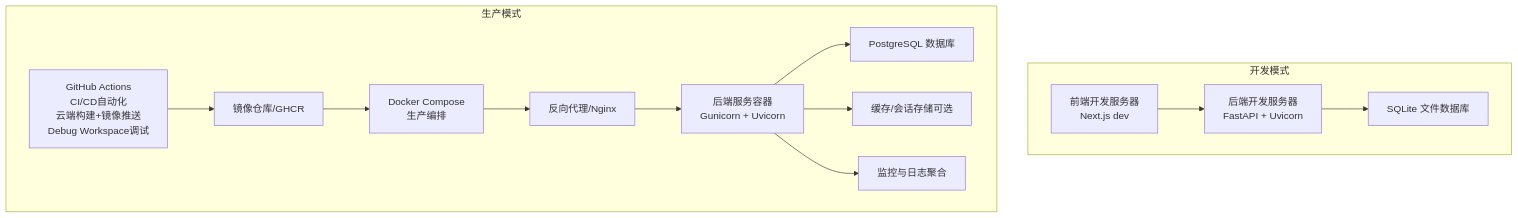
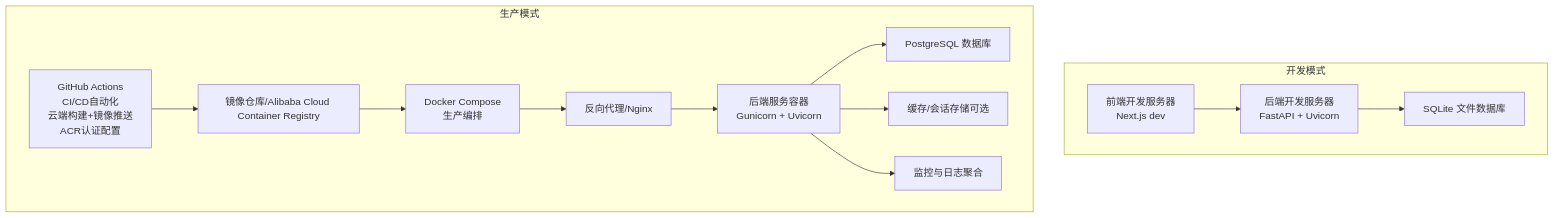
One commit to breeze-lyf/ai-stock-advisor changed the second of 3 diagrams in .qoder/repowiki/zh/content/部署与运维/部署与运维.md. Above: the diagram before and after it, drawn with Mermaid. The commit also changed other lines of this file and 3 other files, not shown here.

````diff
--- a/.qoder/repowiki/zh/content/部署与运维/部署与运维.md
+++ b/.qoder/repowiki/zh/content/部署与运维/部署与运维.md
@@ -190,27 +189,27 @@
 ```mermaid
 graph TB
 subgraph "开发模式"
 FEDEV["前端开发服务器<br/>Next.js dev"]
 BEDEV["后端开发服务器<br/>FastAPI + Uvicorn"]
 DBDEV["SQLite 文件数据库"]
 FEDEV --> BEDEV
 BEDEV --> DBDEV
 end
 subgraph "生产模式"
 NGINX["反向代理/Nginx"]
-GHCR["镜像仓库/GHCR"]
+ACR["镜像仓库/Alibaba Cloud Container Registry"]
 DCP["Docker Compose<br/>生产编排"]
 BEPROD["后端服务容器<br/>Gunicorn + Uvicorn"]
 DBPROD["PostgreSQL 数据库"]
 REDIS["缓存/会话存储可选"]
 MON["监控与日志聚合"]
-GHA["GitHub Actions<br/>CI/CD自动化<br/>云端构建+镜像推送<br/>Debug Workspace调试"]
-GHA --> GHCR
-GHCR --> DCP
+GHA["GitHub Actions<br/>CI/CD自动化<br/>云端构建+镜像推送<br/>ACR认证配置"]
+GHA --> ACR
+ACR --> DCP
 DCP --> NGINX
 NGINX --> BEPROD
 BEPROD --> DBPROD
 BEPROD --> REDIS
 BEPROD --> MON
 end
 ```
````
